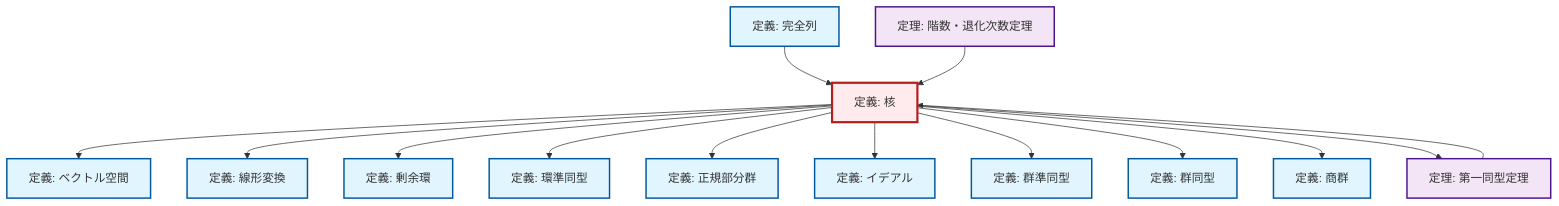
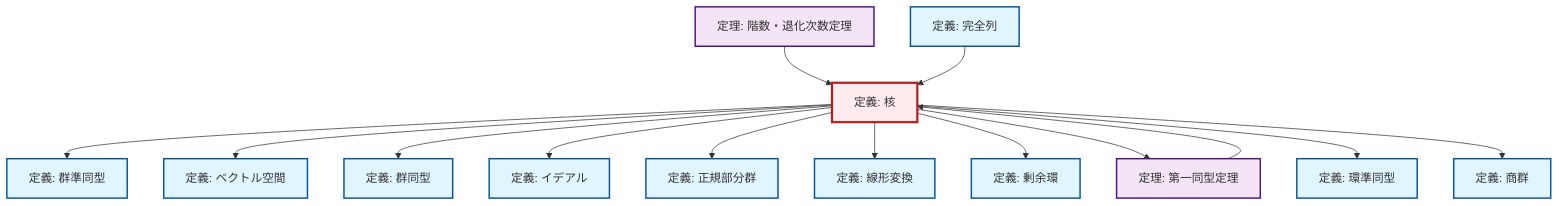
Before and after one commit to RK0429/ModernMath: the diagram in content/ja/algebra/def-kernel.qmd, drawn with Mermaid. The commit also changed other lines of this file and 1012 other files, not shown here.

````diff
--- a/content/ja/algebra/def-kernel.qmd
+++ b/content/ja/algebra/def-kernel.qmd
@@ -83,48 +83,48 @@
 ```{mermaid}
 %%| fig-cap: "Local dependency graph"
 graph TD
     classDef definition fill:#e1f5fe,stroke:#01579b,stroke-width:2px
     classDef theorem fill:#f3e5f5,stroke:#4a148c,stroke-width:2px
     classDef axiom fill:#fff3e0,stroke:#e65100,stroke-width:2px
     classDef example fill:#e8f5e9,stroke:#1b5e20,stroke-width:2px
     classDef current fill:#ffebee,stroke:#b71c1c,stroke-width:3px
-    def-linear-transformation["定義: 線形変換"]:::definition
-    def-ideal["定義: イデアル"]:::definition
-    def-vector-space["定義: ベクトル空間"]:::definition
-    def-normal-subgroup["定義: 正規部分群"]:::definition
-    def-isomorphism["定義: 群同型"]:::definition
-    def-quotient-ring["定義: 剰余環"]:::definition
+    def-kernel["定義: 核"]:::definition
     def-exact-sequence["定義: 完全列"]:::definition
     def-ring-homomorphism["定義: 環準同型"]:::definition
+    def-vector-space["定義: ベクトル空間"]:::definition
+    def-isomorphism["定義: 群同型"]:::definition
+    def-linear-transformation["定義: 線形変換"]:::definition
+    thm-rank-nullity["定理: 階数・退化次数定理"]:::theorem
     thm-first-isomorphism["定理: 第一同型定理"]:::theorem
+    def-normal-subgroup["定義: 正規部分群"]:::definition
+    def-quotient-ring["定義: 剰余環"]:::definition
+    def-homomorphism["定義: 群準同型"]:::definition
     def-quotient-group["定義: 商群"]:::definition
-    thm-rank-nullity["定理: 階数・退化次数定理"]:::theorem
-    def-homomorphism["定義: 群準同型"]:::definition
-    def-kernel["定義: 核"]:::definition
+    def-ideal["定義: イデアル"]:::definition
+    thm-rank-nullity --> def-kernel
+    def-kernel --> def-homomorphism
+    def-exact-sequence --> def-kernel
     def-kernel --> def-vector-space
+    def-kernel --> def-isomorphism
+    def-kernel --> def-ideal
+    def-kernel --> def-normal-subgroup
+    thm-first-isomorphism --> def-kernel
     def-kernel --> def-linear-transformation
-    def-exact-sequence --> def-kernel
-    thm-rank-nullity --> def-kernel
-    thm-first-isomorphism --> def-kernel
     def-kernel --> def-quotient-ring
+    def-kernel --> thm-first-isomorphism
     def-kernel --> def-ring-homomorphism
-    def-kernel --> def-normal-subgroup
-    def-kernel --> def-ideal
-    def-kernel --> def-homomorphism
-    def-kernel --> def-isomorphism
     def-kernel --> def-quotient-group
-    def-kernel --> thm-first-isomorphism
     class def-kernel current
-    click def-linear-transformation "def-linear-transformation.html" "線形変換の定義へ"
-    click def-ideal "def-ideal.html" "イデアルの定義へ"
-    click def-vector-space "def-vector-space.html" "ベクトル空間の定義へ"
-    click def-normal-subgroup "def-normal-subgroup.html" "正規部分群の定義へ"
-    click def-isomorphism "def-isomorphism.html" "群同型の定義へ"
-    click def-quotient-ring "def-quotient-ring.html" "剰余環の定義へ"
     click def-exact-sequence "def-exact-sequence.html" "完全列の定義へ"
     click def-ring-homomorphism "def-ring-homomorphism.html" "環準同型の定義へ"
+    click def-vector-space "def-vector-space.html" "ベクトル空間の定義へ"
+    click def-isomorphism "def-isomorphism.html" "群同型の定義へ"
+    click def-linear-transformation "def-linear-transformation.html" "線形変換の定義へ"
+    click thm-rank-nullity "thm-rank-nullity.html" "階数・退化次数定理の定理へ"
     click thm-first-isomorphism "thm-first-isomorphism.html" "第一同型定理の定理へ"
+    click def-normal-subgroup "def-normal-subgroup.html" "正規部分群の定義へ"
+    click def-quotient-ring "def-quotient-ring.html" "剰余環の定義へ"
+    click def-homomorphism "def-homomorphism.html" "群準同型の定義へ"
     click def-quotient-group "def-quotient-group.html" "商群の定義へ"
-    click thm-rank-nullity "thm-rank-nullity.html" "階数・退化次数定理の定理へ"
-    click def-homomorphism "def-homomorphism.html" "群準同型の定義へ"
+    click def-ideal "def-ideal.html" "イデアルの定義へ"
 ```
````
